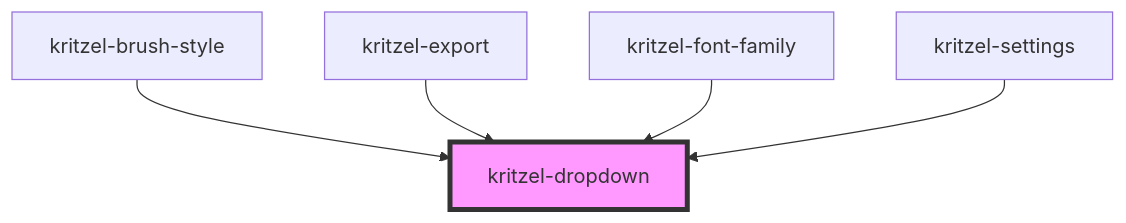
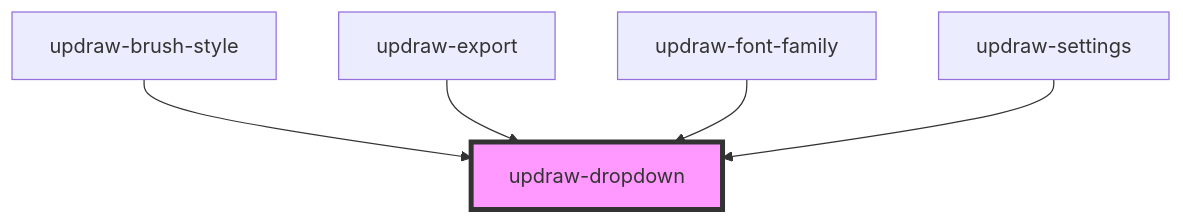
The diagram in libs/editor/core/src/components/updraw-dropdown/readme.md (kasual1/kritzel), drawn with Mermaid before and after one commit. The commit also changed other lines of this file and 1129 other files, not shown here.

First line of the commit message:
Replace kritzel with updraw across the codebase

````diff
--- a/libs/editor/core/src/components/updraw-dropdown/readme.md
+++ b/libs/editor/core/src/components/updraw-dropdown/readme.md
@@ -44,8 +44,8 @@
 ```mermaid
 graph TD;
-  kritzel-brush-style --> kritzel-dropdown
-  kritzel-export --> kritzel-dropdown
-  kritzel-font-family --> kritzel-dropdown
-  kritzel-settings --> kritzel-dropdown
-  style kritzel-dropdown fill:#f9f,stroke:#333,stroke-width:4px
+  updraw-brush-style --> updraw-dropdown
+  updraw-export --> updraw-dropdown
+  updraw-font-family --> updraw-dropdown
+  updraw-settings --> updraw-dropdown
+  style updraw-dropdown fill:#f9f,stroke:#333,stroke-width:4px
 ```
````
